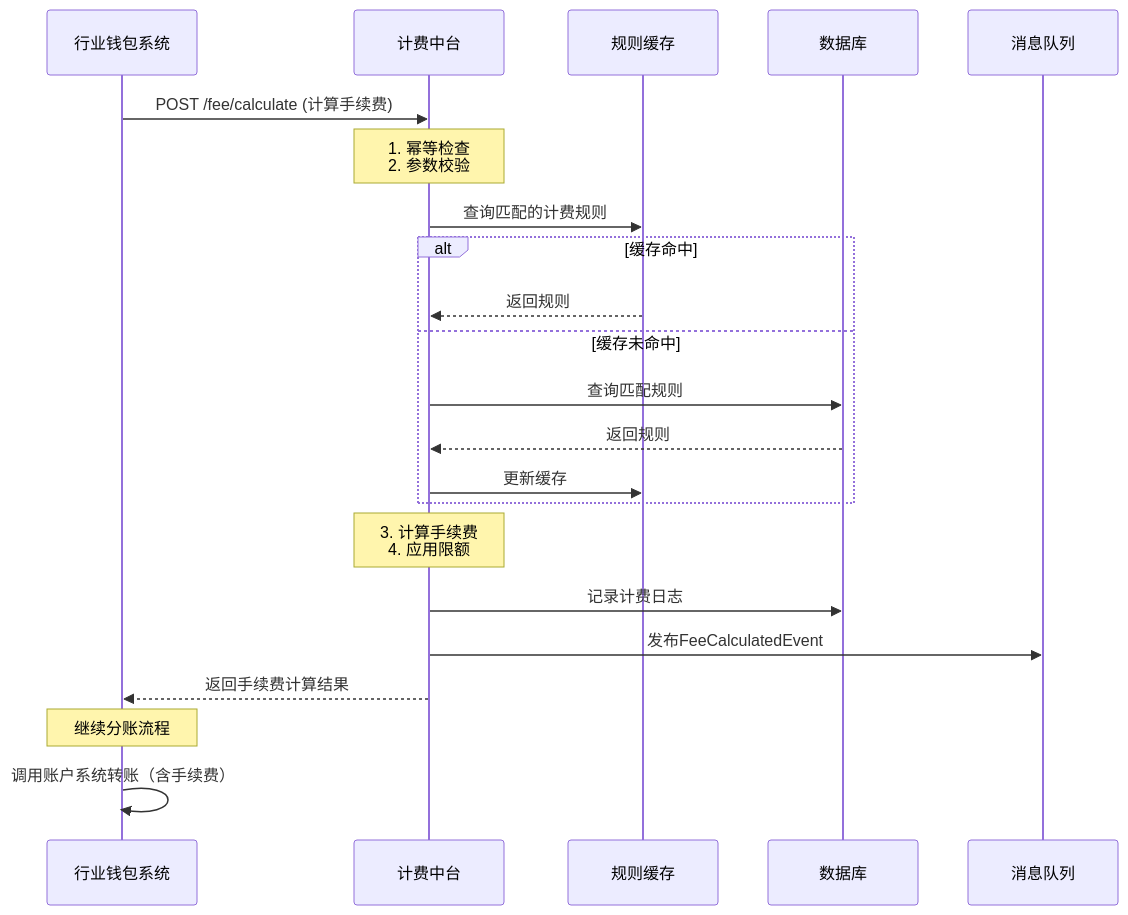
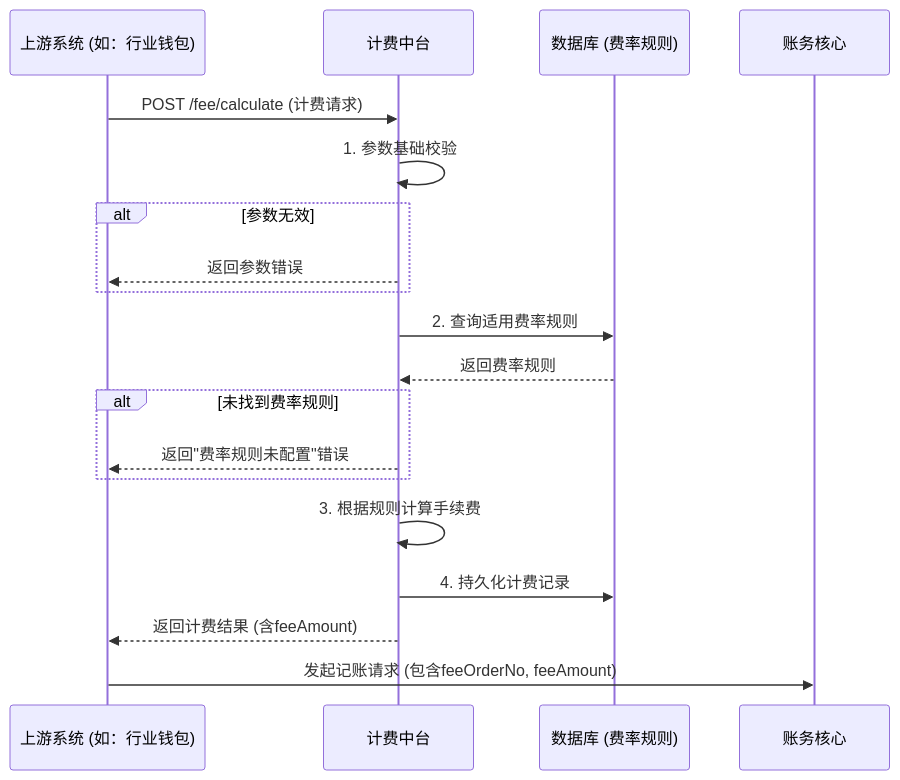
The diagram in data/天财分账需求/deepseek-v3.2/workspace/02_modules/module_计费中台.md (youzi211/AiCoding), drawn with Mermaid before and after one commit. The commit also changed other lines of this file and 92 other files, not shown here.

Commit message:
增加对文档中图片提取的功能，用gpt模型生成文字描述。

````diff
--- a/data/天财分账需求/deepseek-v3.2/workspace/02_modules/module_计费中台.md
+++ b/data/天财分账需求/deepseek-v3.2/workspace/02_modules/module_计费中台.md
@@ -494,28 +108,22 @@
 ```mermaid
 sequenceDiagram
-    participant W as 行业钱包系统
-    participant FC as 计费中台
-    participant Cache as 规则缓存
-    participant DB as 数据库
-    participant MQ as 消息队列
+    participant 上游系统 as 上游系统 (如：行业钱包)
+    participant 计费中台 as 计费中台
+    participant 数据库 as 数据库 (费率规则)
+    participant 账务核心 as 账务核心
 
-    W->>FC: POST /fee/calculate (计算手续费)
-    Note over FC: 1. 幂等检查<br>2. 参数校验
-    
-    FC->>Cache: 查询匹配的计费规则
-    alt 缓存命中
-        Cache-->>FC: 返回规则
-    else 缓存未命中
-        FC->>DB: 查询匹配规则
-        DB-->>FC: 返回规则
-        FC->>Cache: 更新缓存
+    上游系统->>计费中台: POST /fee/calculate (计费请求)
+    计费中台->>计费中台: 1. 参数基础校验
+    alt 参数无效
+        计费中台-->>上游系统: 返回参数错误
     end
-    
-    Note over FC: 3. 计算手续费<br>4. 应用限额
-    FC->>DB: 记录计费日志
-    FC->>MQ: 发布FeeCalculatedEvent
-    FC-->>W: 返回手续费计算结果
-    
-    Note over W: 继续分账流程
-    W->>W: 调用账户系统转账（含手续费）
+    计费中台->>数据库: 2. 查询适用费率规则
+    数据库-->>计费中台: 返回费率规则
+    alt 未找到费率规则
+        计费中台-->>上游系统: 返回"费率规则未配置"错误
+    end
+    计费中台->>计费中台: 3. 根据规则计算手续费
+    计费中台->>数据库: 4. 持久化计费记录
+    计费中台-->>上游系统: 返回计费结果 (含feeAmount)
+    上游系统->>账务核心: 发起记账请求 (包含feeOrderNo, feeAmount)
 ```
````
